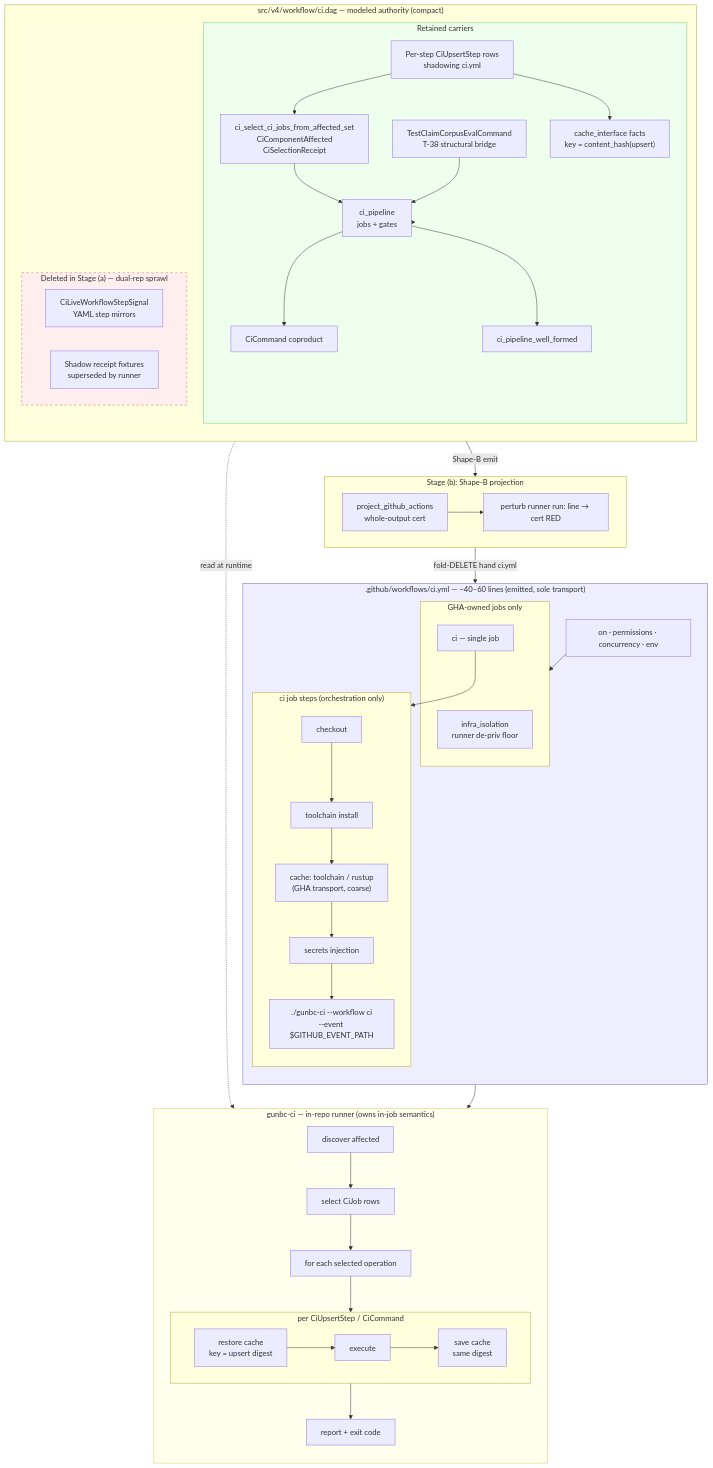
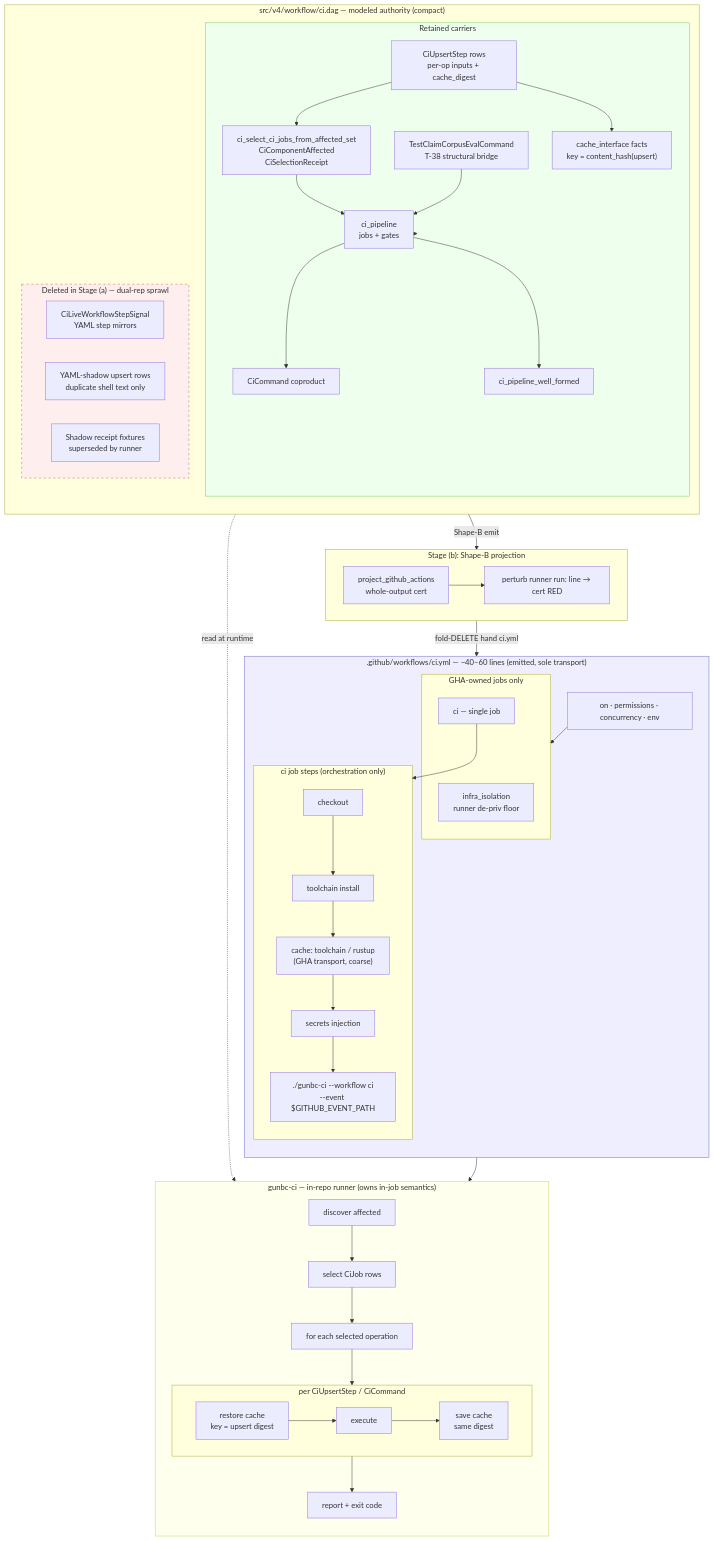
Before and after one commit to gunb-ai/gunbc: the diagram in docs/planning/thin-shim-ci-dag-dissolution-design-2026-06-08.md, drawn with Mermaid. The commit also changed other lines of this file, not shown here.

Commit message:
docs(planning): fix review feedback on thin-shim CI design
Rename mermaid UPS_SHADOW vs UPS_AUTH to avoid node collapse.
§4.3: keep L5894-6228 selection API in ci.dag; runner calls it.

````diff
--- a/docs/planning/thin-shim-ci-dag-dissolution-design-2026-06-08.md
+++ b/docs/planning/thin-shim-ci-dag-dissolution-design-2026-06-08.md
@@ -91,74 +91,74 @@
 ```mermaid
 flowchart TB
   subgraph DAG["src/v4/workflow/ci.dag — modeled authority (compact)"]
     direction TB
     subgraph KEPT["Retained carriers"]
       P["ci_pipeline<br/>jobs + gates"]
       C["CiCommand coproduct"]
       WF["ci_pipeline_well_formed"]
       SEL["ci_select_ci_jobs_from_affected_set<br/>CiComponentAffected<br/>CiSelectionReceipt"]
-      UPS["CiUpsertStep rows<br/>per-op inputs + cache_digest"]
+      UPS_AUTH["CiUpsertStep rows<br/>per-op inputs + cache_digest"]
       CACHE["cache_interface facts<br/>key = content_hash(upsert)"]
       T38["TestClaimCorpusEvalCommand<br/>T-38 structural bridge"]
     end
     subgraph GONE["Deleted in Stage (a) — dual-rep sprawl"]
       LWS["CiLiveWorkflowStepSignal<br/>YAML step mirrors"]
-      UPS["Per-step CiUpsertStep rows<br/>shadowing ci.yml"]
+      UPS_SHADOW["YAML-shadow upsert rows<br/>duplicate shell text only"]
       FIX["Shadow receipt fixtures<br/>superseded by runner"]
     end
     KEPT --> P
     P --> C
     P --> WF
     SEL --> P
     T38 --> P
-    UPS --> CACHE
-    UPS --> SEL
+    UPS_AUTH --> CACHE
+    UPS_AUTH --> SEL
   end
 
   subgraph EMIT["Stage (b): Shape-B projection"]
     PROJ["project_github_actions<br/>whole-output cert"]
     PERTURB["perturb runner run: line → cert RED"]
     PROJ --> PERTURB
   end
 
   subgraph YML[".github/workflows/ci.yml — ~40–60 lines (emitted, sole transport)"]
     direction TB
     META["on · permissions · concurrency · env"]
     subgraph JOBS["GHA-owned jobs only"]
       INFRA["infra_isolation<br/>runner de-priv floor"]
       CI["ci — single job"]
     end
     subgraph STEPS["ci job steps (orchestration only)"]
       CO["checkout"]
       TC["toolchain install"]
       CA0["cache: toolchain / rustup<br/>(GHA transport, coarse)"]
       SEC["secrets injection"]
       RUN["./gunbc-ci --workflow ci<br/>--event $GITHUB_EVENT_PATH"]
     end
     META --> JOBS
     CI --> STEPS
     CO --> TC --> CA0 --> SEC --> RUN
   end
 
   subgraph RUNNER["gunbc-ci — in-repo runner (owns in-job semantics)"]
     direction TB
     D["discover affected"] --> S["select CiJob rows"]
     S --> LOOP["for each selected operation"]
     subgraph PEROP["per CiUpsertStep / CiCommand"]
       direction LR
       CR["restore cache<br/>key = upsert digest"] --> EX["execute"] --> CS["save cache<br/>same digest"]
     end
     LOOP --> PEROP
     PEROP --> R["report + exit code"]
   end
 
   DAG -->|"Shape-B emit"| EMIT
   EMIT -->|"fold-DELETE hand ci.yml"| YML
   RUN --> RUNNER
   DAG -.->|"read at runtime"| RUNNER
 
   style GONE fill:#fee,stroke:#c66,stroke-dasharray: 5 5
   style KEPT fill:#efe,stroke:#6c6
   style YML fill:#eef,stroke:#66c
   style RUNNER fill:#ffe,stroke:#cc6
 ```
````
